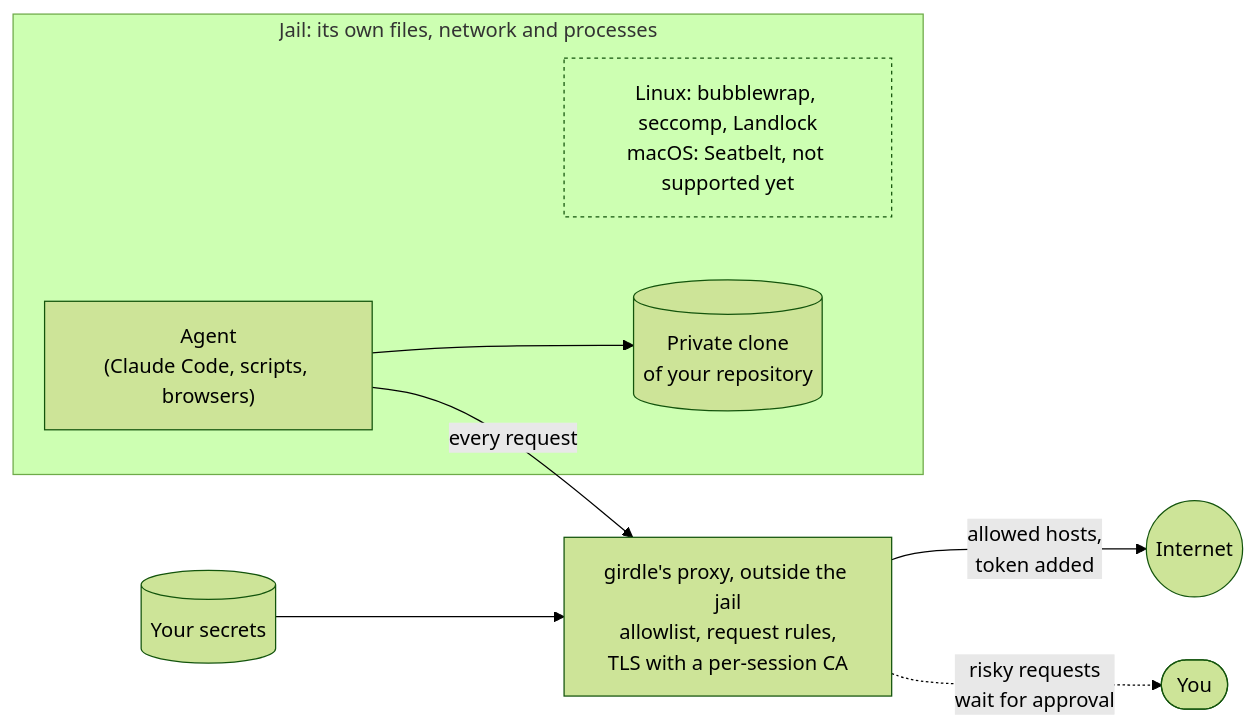
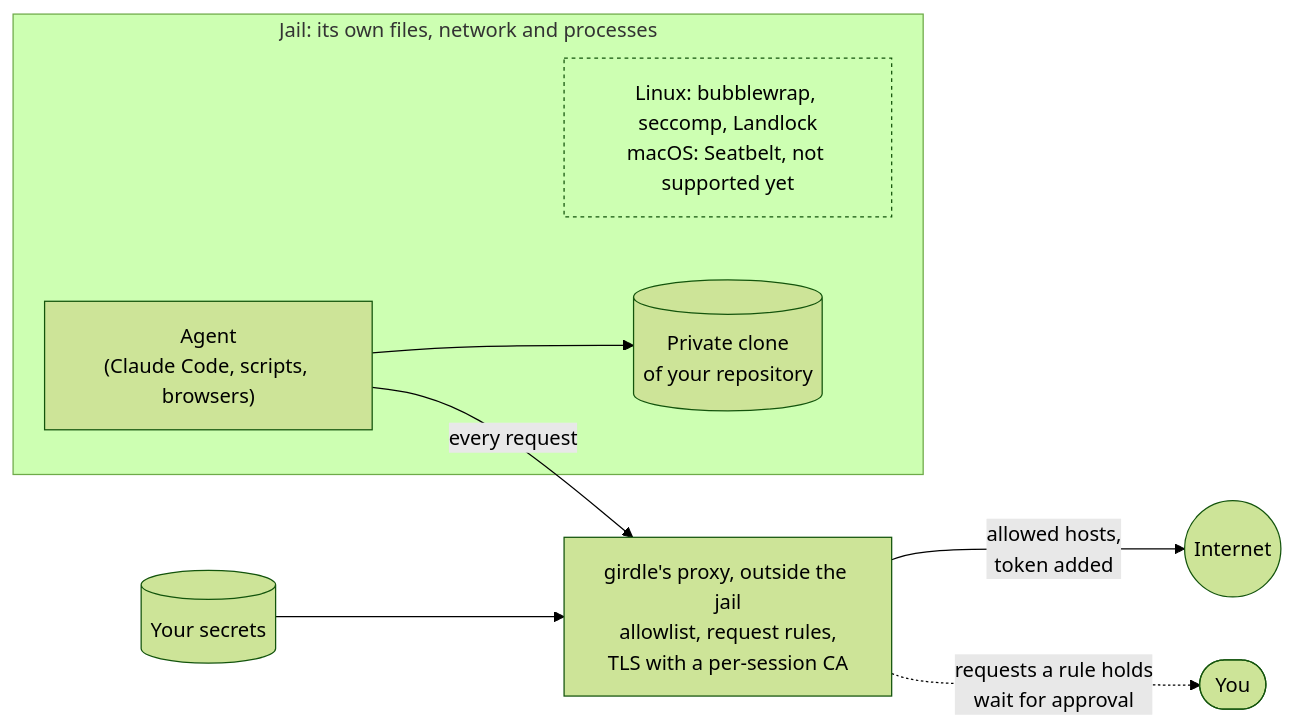
Before and after one commit to fnune/doriath: the diagram in README.md, drawn with Mermaid (forest theme). The commit also changed other lines of this file, not shown here.

````diff
--- a/README.md
+++ b/README.md
@@ -12,22 +12,22 @@
 ```mermaid
 flowchart LR
     subgraph jail["Jail: its own files, network and processes"]
         tech["Linux: bubblewrap, seccomp, Landlock<br/>macOS: Seatbelt, not supported yet"]
         agent["Agent<br/>(Claude Code, scripts, browsers)"]
         clone[("Private clone<br/>of your repository")]
         agent --> clone
     end
 
     proxy["girdle's proxy, outside the jail<br/>allowlist, request rules,<br/>TLS with a per-session CA"]
 
     secrets[("Your secrets")]
     you(["You"])
     internet(("Internet"))
 
     agent -- "every request" --> proxy
     proxy -- "allowed hosts,<br/>token added" --> internet
-    proxy -. "risky requests<br/>wait for approval" .-> you
+    proxy -. "requests a rule holds<br/>wait for approval" .-> you
     secrets --> proxy
 
     style tech fill:none,stroke-dasharray:3 3
 ```
````
